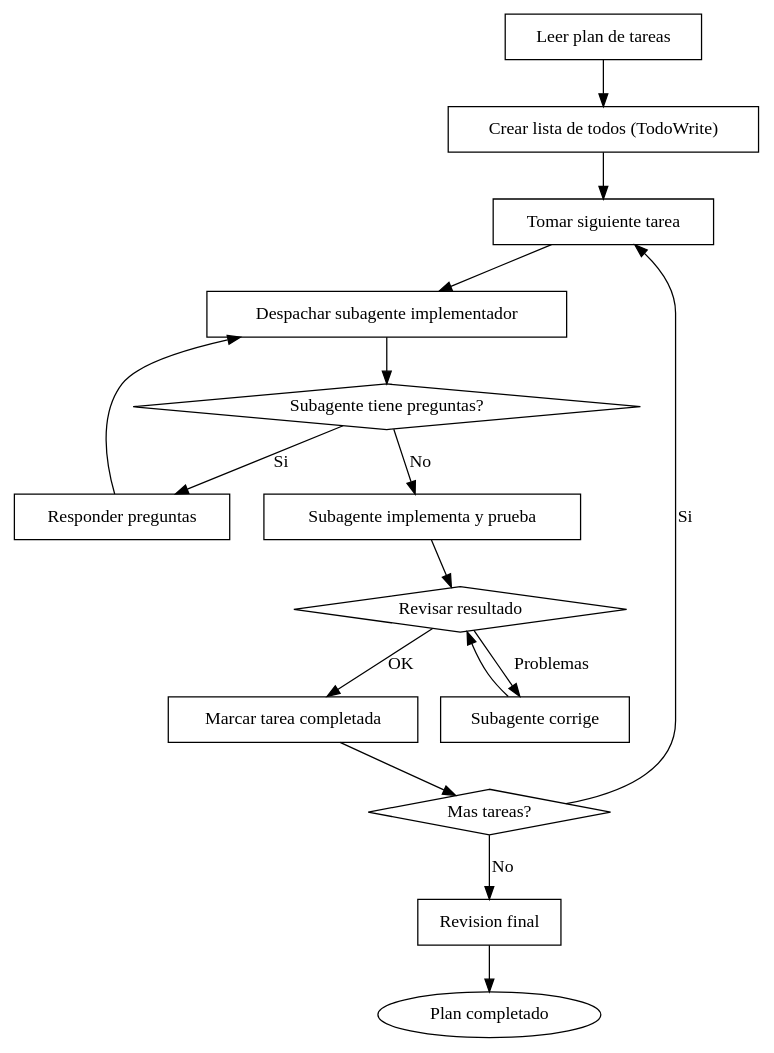
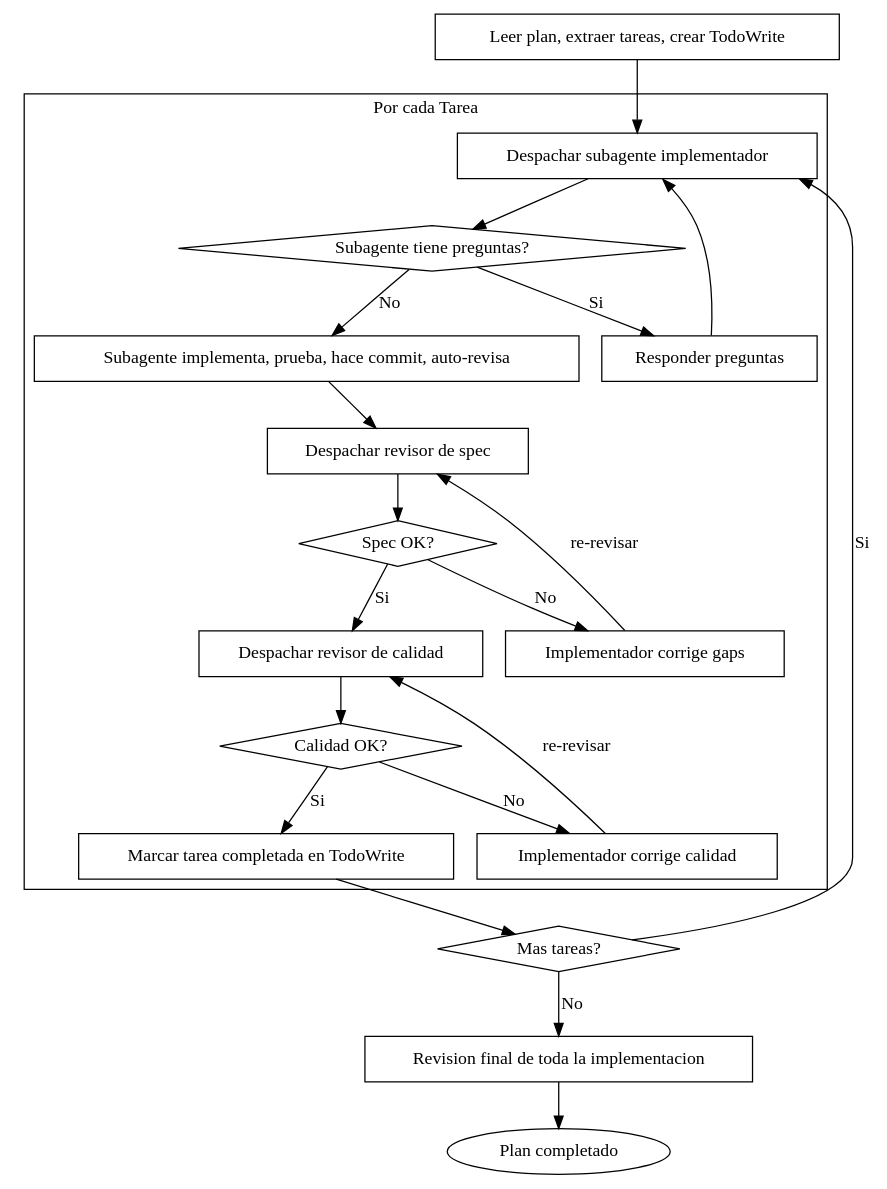
Before and after one commit to adriestevezdev/cc-partner: the second of 2 diagrams in skills/ejecutar/skill.md, drawn with Graphviz. The commit also changed other lines of this file and 5 other files, not shown here.

````diff
--- a/skills/ejecutar/skill.md
+++ b/skills/ejecutar/skill.md
@@ -43,35 +43,44 @@
 ```dot
-digraph ejecutar_flow {
+digraph process {
     rankdir=TB;
 
-    "Leer plan de tareas" [shape=box];
-    "Crear lista de todos (TodoWrite)" [shape=box];
-    "Tomar siguiente tarea" [shape=box];
-    "Despachar subagente implementador" [shape=box];
-    "Subagente tiene preguntas?" [shape=diamond];
-    "Responder preguntas" [shape=box];
-    "Subagente implementa y prueba" [shape=box];
-    "Revisar resultado" [shape=diamond];
-    "Subagente corrige" [shape=box];
-    "Marcar tarea completada" [shape=box];
+    subgraph cluster_per_task {
+        label="Por cada Tarea";
+        "Despachar subagente implementador" [shape=box];
+        "Subagente tiene preguntas?" [shape=diamond];
+        "Responder preguntas" [shape=box];
+        "Subagente implementa, prueba, hace commit, auto-revisa" [shape=box];
+        "Despachar revisor de spec" [shape=box];
+        "Spec OK?" [shape=diamond];
+        "Implementador corrige gaps" [shape=box];
+        "Despachar revisor de calidad" [shape=box];
+        "Calidad OK?" [shape=diamond];
+        "Implementador corrige calidad" [shape=box];
+        "Marcar tarea completada en TodoWrite" [shape=box];
+    }
+
+    "Leer plan, extraer tareas, crear TodoWrite" [shape=box];
     "Mas tareas?" [shape=diamond];
-    "Revision final" [shape=box];
+    "Revision final de toda la implementacion" [shape=box];
     "Plan completado" [shape=ellipse];
 
-    "Leer plan de tareas" -> "Crear lista de todos (TodoWrite)";
-    "Crear lista de todos (TodoWrite)" -> "Tomar siguiente tarea";
-    "Tomar siguiente tarea" -> "Despachar subagente implementador";
+    "Leer plan, extraer tareas, crear TodoWrite" -> "Despachar subagente implementador";
     "Despachar subagente implementador" -> "Subagente tiene preguntas?";
     "Subagente tiene preguntas?" -> "Responder preguntas" [label="Si"];
     "Responder preguntas" -> "Despachar subagente implementador";
-    "Subagente tiene preguntas?" -> "Subagente implementa y prueba" [label="No"];
-    "Subagente implementa y prueba" -> "Revisar resultado";
-    "Revisar resultado" -> "Subagente corrige" [label="Problemas"];
-    "Subagente corrige" -> "Revisar resultado";
-    "Revisar resultado" -> "Marcar tarea completada" [label="OK"];
-    "Marcar tarea completada" -> "Mas tareas?";
-    "Mas tareas?" -> "Tomar siguiente tarea" [label="Si"];
-    "Mas tareas?" -> "Revision final" [label="No"];
-    "Revision final" -> "Plan completado";
+    "Subagente tiene preguntas?" -> "Subagente implementa, prueba, hace commit, auto-revisa" [label="No"];
+    "Subagente implementa, prueba, hace commit, auto-revisa" -> "Despachar revisor de spec";
+    "Despachar revisor de spec" -> "Spec OK?";
+    "Spec OK?" -> "Implementador corrige gaps" [label="No"];
+    "Implementador corrige gaps" -> "Despachar revisor de spec" [label="re-revisar"];
+    "Spec OK?" -> "Despachar revisor de calidad" [label="Si"];
+    "Despachar revisor de calidad" -> "Calidad OK?";
+    "Calidad OK?" -> "Implementador corrige calidad" [label="No"];
+    "Implementador corrige calidad" -> "Despachar revisor de calidad" [label="re-revisar"];
+    "Calidad OK?" -> "Marcar tarea completada en TodoWrite" [label="Si"];
+    "Marcar tarea completada en TodoWrite" -> "Mas tareas?";
+    "Mas tareas?" -> "Despachar subagente implementador" [label="Si"];
+    "Mas tareas?" -> "Revision final de toda la implementacion" [label="No"];
+    "Revision final de toda la implementacion" -> "Plan completado";
 }
 ```
````
